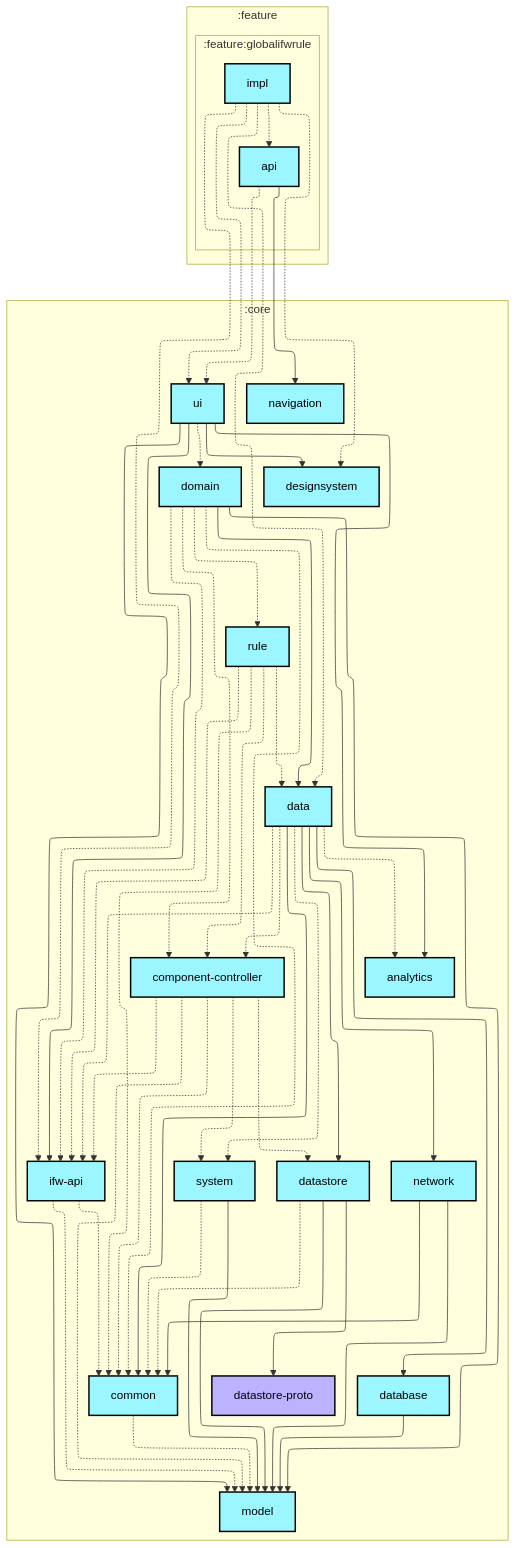
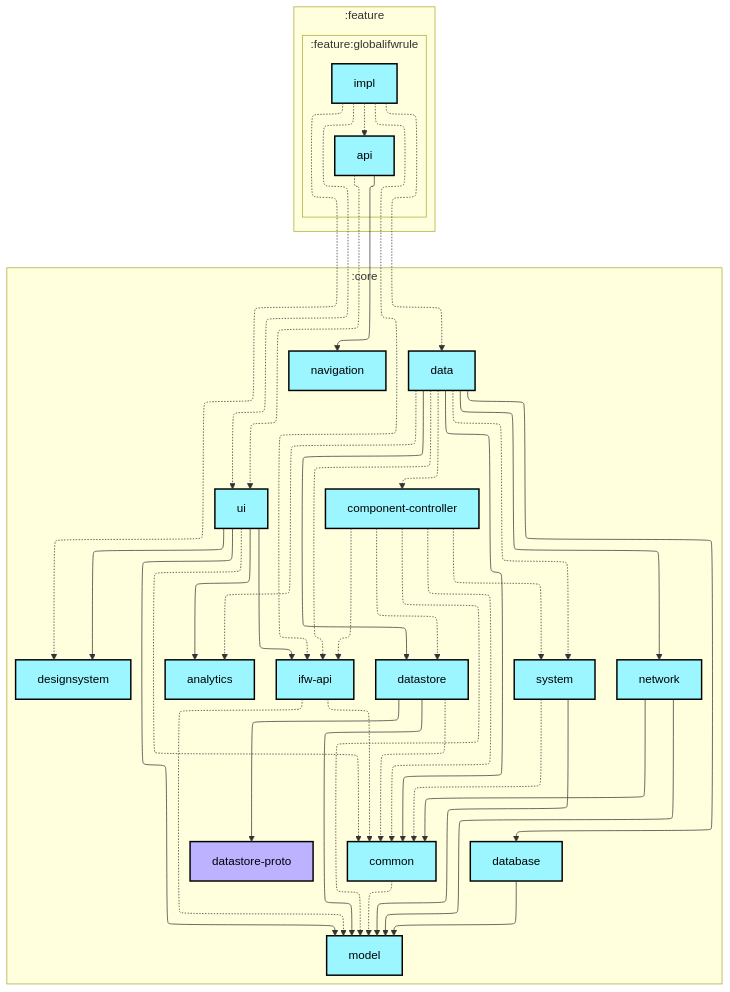
One commit to lihenggui/blocker changed the first of 2 diagrams in feature/globalifwrule/impl/README.md. Above: the diagram before and after it, drawn with Mermaid. The commit also changed 29 other files, not shown here.

```diff
--- a/feature/globalifwrule/impl/README.md
+++ b/feature/globalifwrule/impl/README.md
@@ -29,12 +29,10 @@
     :core:datastore[datastore]:::android-library
     :core:datastore-proto[datastore-proto]:::jvm-library
     :core:designsystem[designsystem]:::android-library
-    :core:domain[domain]:::android-library
     :core:ifw-api[ifw-api]:::android-library
     :core:model[model]:::android-library
     :core:navigation[navigation]:::android-library
     :core:network[network]:::android-library
-    :core:rule[rule]:::android-library
     :core:system[system]:::android-library
     :core:ui[ui]:::android-library
   end
@@ -57,25 +55,15 @@
   :core:datastore -.-> :core:common
   :core:datastore --> :core:datastore-proto
   :core:datastore --> :core:model
-  :core:domain -.-> :core:common
-  :core:domain -.-> :core:component-controller
-  :core:domain --> :core:data
-  :core:domain -.-> :core:ifw-api
-  :core:domain --> :core:model
-  :core:domain -.-> :core:rule
   :core:ifw-api -.-> :core:common
   :core:ifw-api -.-> :core:model
   :core:network --> :core:common
   :core:network --> :core:model
-  :core:rule -.-> :core:common
-  :core:rule -.-> :core:component-controller
-  :core:rule -.-> :core:data
-  :core:rule -.-> :core:ifw-api
   :core:system -.-> :core:common
   :core:system --> :core:model
   :core:ui --> :core:analytics
+  :core:ui -.-> :core:common
   :core:ui --> :core:designsystem
-  :core:ui -.-> :core:domain
   :core:ui --> :core:ifw-api
   :core:ui --> :core:model
   :feature:globalifwrule:api --> :core:navigation
```
